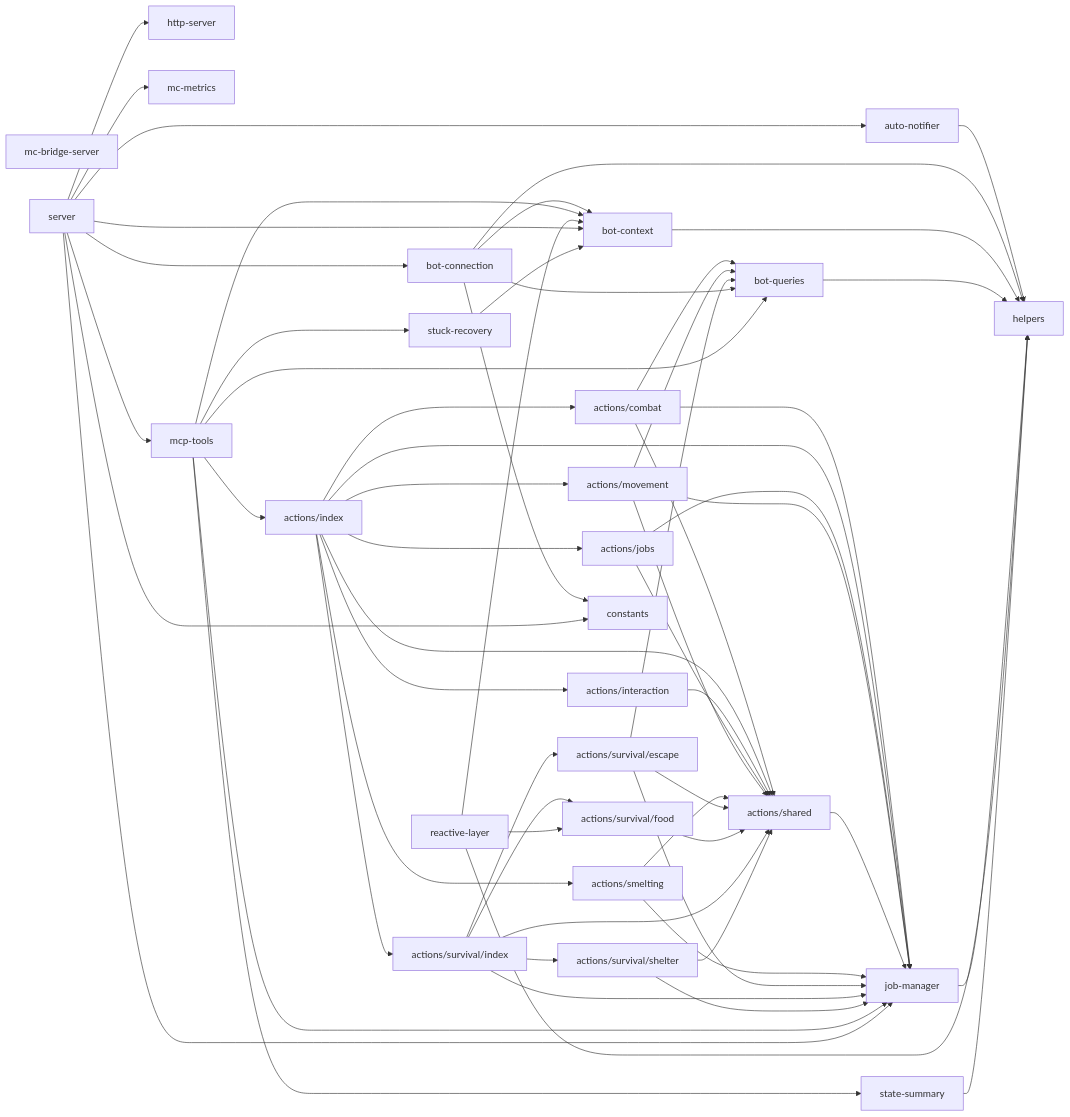
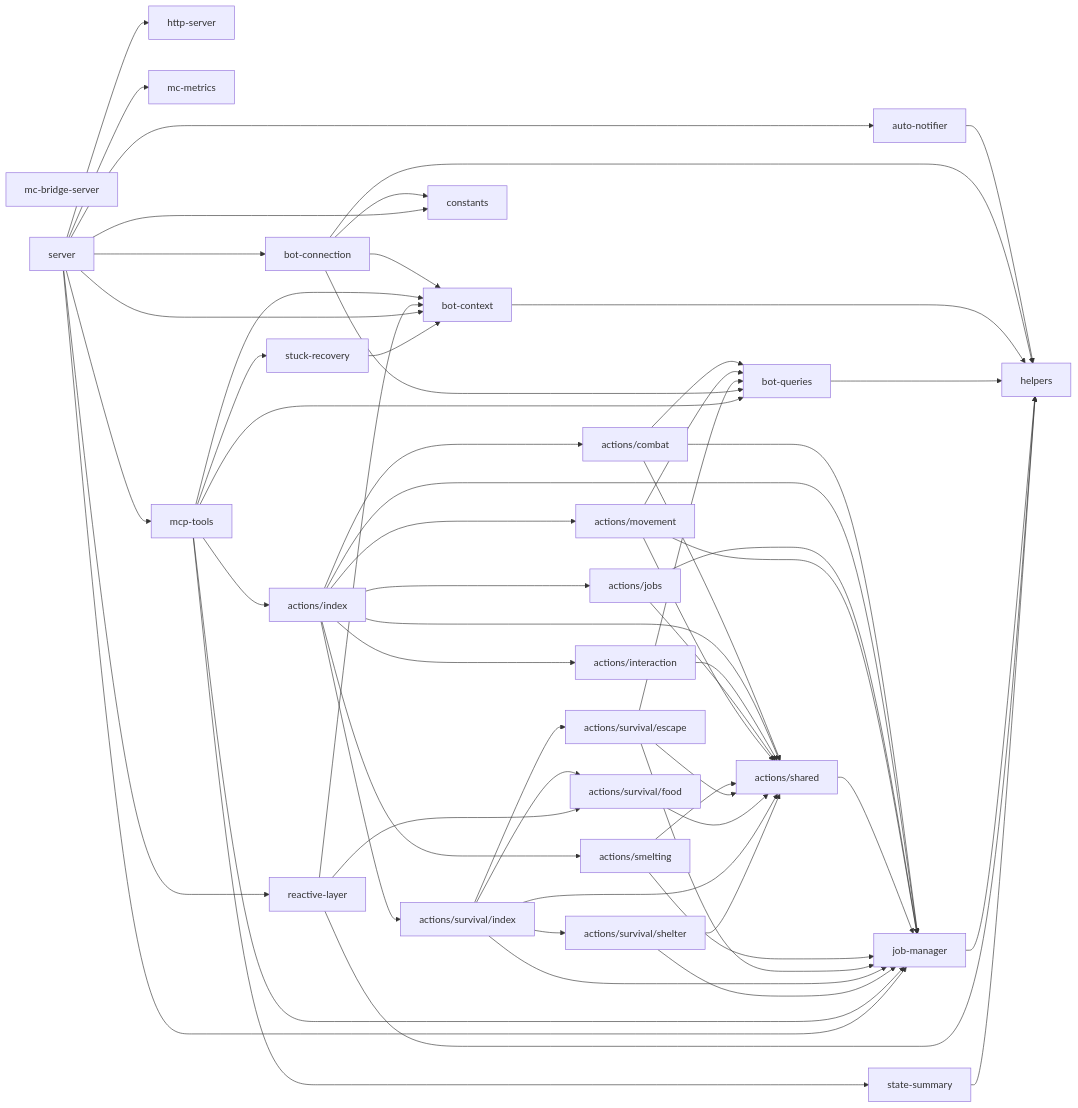
One commit to OJII3/vicissitude changed the diagram in packages/minecraft/DEPS.md. Above: the diagram before and after it, drawn with Mermaid. The commit also changed other lines of this file and 2 other files, not shown here.

First line of the commit message:
refactor: bot-connection に ReactiveLayer を統合

````diff
--- a/packages/minecraft/DEPS.md
+++ b/packages/minecraft/DEPS.md
@@ -7,66 +7,67 @@
 ```mermaid
 graph LR
   actions_combat["actions/combat"] --> actions_shared["actions/shared"]
   actions_combat["actions/combat"] --> bot_queries["bot-queries"]
   actions_combat["actions/combat"] --> job_manager["job-manager"]
   actions_index["actions/index"] --> actions_combat["actions/combat"]
   actions_index["actions/index"] --> actions_interaction["actions/interaction"]
   actions_index["actions/index"] --> actions_jobs["actions/jobs"]
   actions_index["actions/index"] --> actions_movement["actions/movement"]
   actions_index["actions/index"] --> actions_shared["actions/shared"]
   actions_index["actions/index"] --> actions_smelting["actions/smelting"]
   actions_index["actions/index"] --> actions_survival_index["actions/survival/index"]
   actions_index["actions/index"] --> job_manager["job-manager"]
   actions_interaction["actions/interaction"] --> actions_shared["actions/shared"]
   actions_jobs["actions/jobs"] --> actions_shared["actions/shared"]
   actions_jobs["actions/jobs"] --> job_manager["job-manager"]
   actions_movement["actions/movement"] --> actions_shared["actions/shared"]
   actions_movement["actions/movement"] --> bot_queries["bot-queries"]
   actions_movement["actions/movement"] --> job_manager["job-manager"]
   actions_shared["actions/shared"] --> job_manager["job-manager"]
   actions_smelting["actions/smelting"] --> actions_shared["actions/shared"]
   actions_smelting["actions/smelting"] --> job_manager["job-manager"]
   actions_survival_escape["actions/survival/escape"] --> actions_shared["actions/shared"]
   actions_survival_escape["actions/survival/escape"] --> bot_queries["bot-queries"]
   actions_survival_escape["actions/survival/escape"] --> job_manager["job-manager"]
   actions_survival_food["actions/survival/food"] --> actions_shared["actions/shared"]
   actions_survival_index["actions/survival/index"] --> actions_shared["actions/shared"]
   actions_survival_index["actions/survival/index"] --> actions_survival_escape["actions/survival/escape"]
   actions_survival_index["actions/survival/index"] --> actions_survival_food["actions/survival/food"]
   actions_survival_index["actions/survival/index"] --> actions_survival_shelter["actions/survival/shelter"]
   actions_survival_index["actions/survival/index"] --> job_manager["job-manager"]
   actions_survival_shelter["actions/survival/shelter"] --> actions_shared["actions/shared"]
   actions_survival_shelter["actions/survival/shelter"] --> job_manager["job-manager"]
   auto_notifier["auto-notifier"] --> helpers
   bot_connection["bot-connection"] --> bot_context["bot-context"]
   bot_connection["bot-connection"] --> bot_queries["bot-queries"]
   bot_connection["bot-connection"] --> constants
   bot_connection["bot-connection"] --> helpers
   bot_context["bot-context"] --> helpers
   bot_queries["bot-queries"] --> helpers
   constants
   helpers
   http_server["http-server"]
   job_manager["job-manager"] --> helpers
   mc_bridge_server["mc-bridge-server"]
   mc_metrics["mc-metrics"]
   mcp_tools["mcp-tools"] --> actions_index["actions/index"]
   mcp_tools["mcp-tools"] --> bot_context["bot-context"]
   mcp_tools["mcp-tools"] --> bot_queries["bot-queries"]
   mcp_tools["mcp-tools"] --> job_manager["job-manager"]
   mcp_tools["mcp-tools"] --> state_summary["state-summary"]
   mcp_tools["mcp-tools"] --> stuck_recovery["stuck-recovery"]
   reactive_layer["reactive-layer"] --> actions_survival_food["actions/survival/food"]
   reactive_layer["reactive-layer"] --> bot_context["bot-context"]
   reactive_layer["reactive-layer"] --> helpers
   server --> auto_notifier["auto-notifier"]
   server --> bot_connection["bot-connection"]
   server --> bot_context["bot-context"]
   server --> constants
   server --> http_server["http-server"]
   server --> job_manager["job-manager"]
   server --> mc_metrics["mc-metrics"]
   server --> mcp_tools["mcp-tools"]
+  server --> reactive_layer["reactive-layer"]
   state_summary["state-summary"] --> helpers
   stuck_recovery["stuck-recovery"] --> bot_context["bot-context"]
 ```
````
